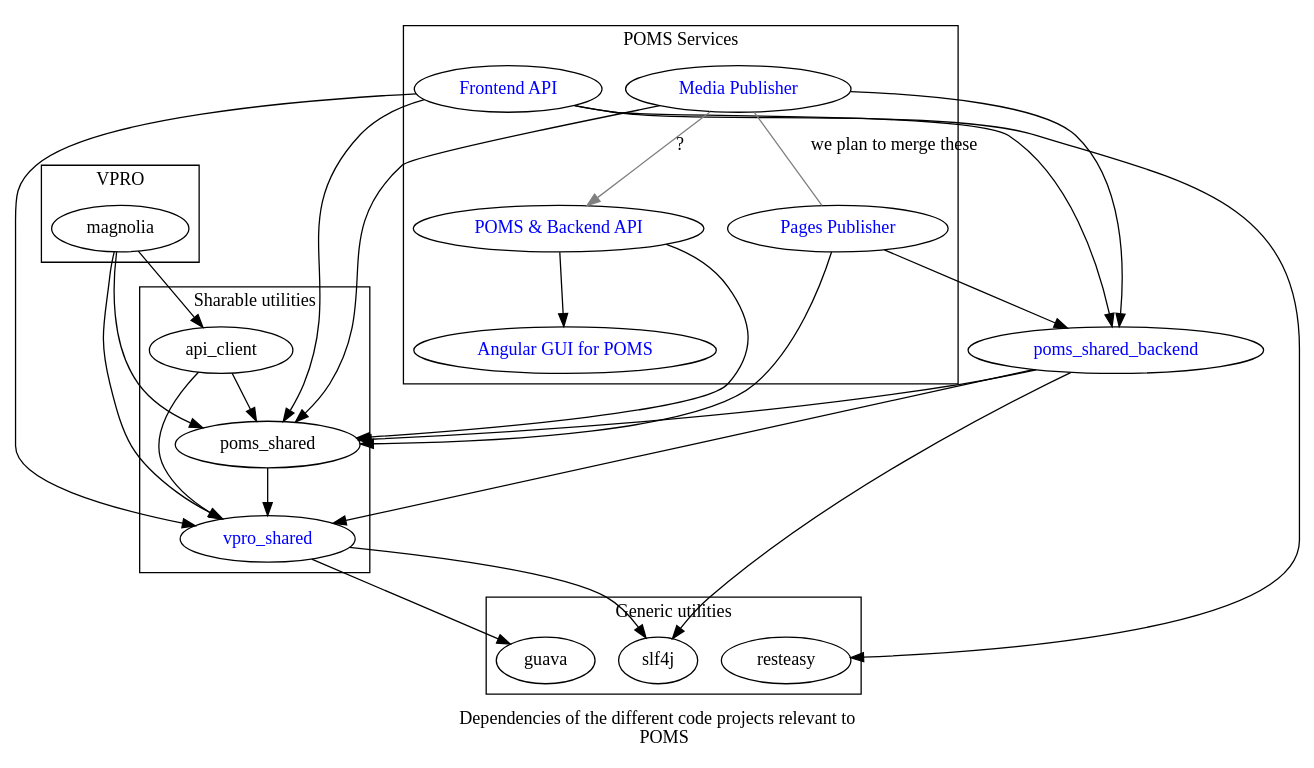
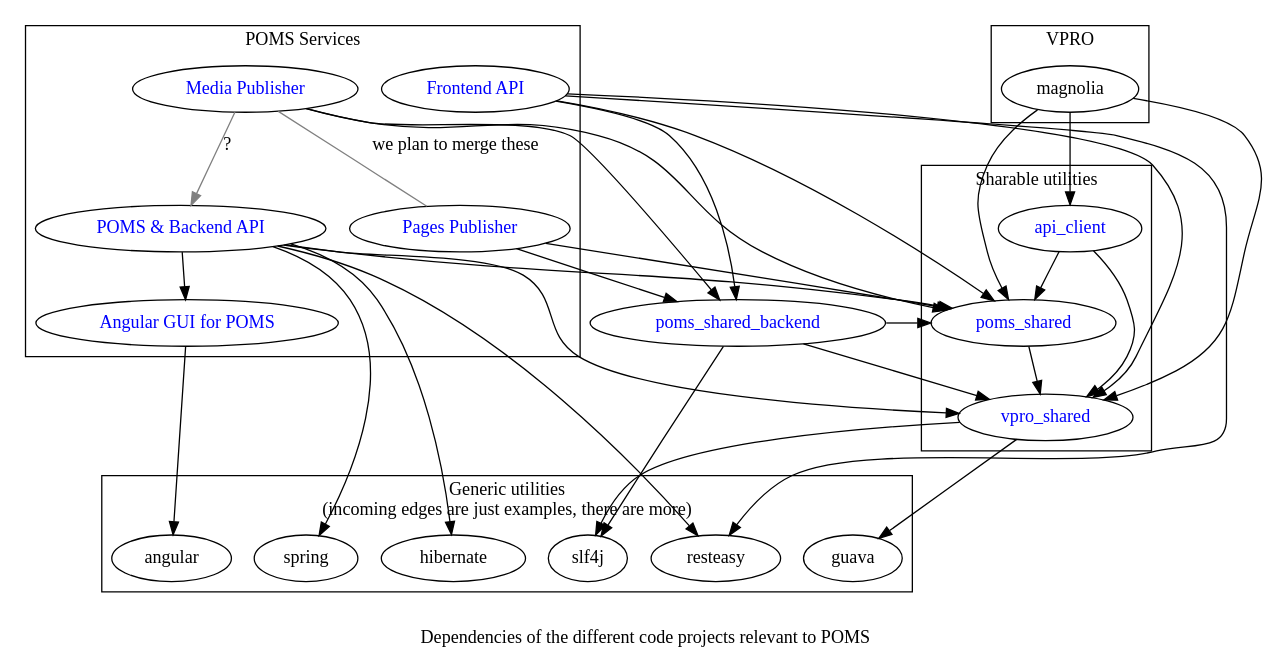
One commit to npo-poms/poms-parent changed the diagram in poms-dependencies.dot. Above: the diagram before and after it, drawn with Graphviz. The commit also changed 2 other files, not shown here.

Commit message:
added links and some other details

```diff
--- a/poms-dependencies.dot
+++ b/poms-dependencies.dot
@@ -1,74 +1,88 @@
 /*
 
 
 */
 digraph {
-    vpro_shared [ href="https://github.com/vpro/vpro-shared" fontcolor=blue ];
-    poms_backend [ label="POMS & Backend API" href="https://subversion.vpro.nl/viewvc/nl/vpro/media" fontcolor=blue ];
-    poms_gui [ label="Angular GUI for POMS" href="https://subversion.vpro.nl/viewvc/nl/vpro/media-gui" fontcolor=blue ];
-    poms_shared_backend [ href="https://subversion.vpro.nl/viewvc/nl/publiekeomroep/poms-shared-backend/" fontcolor=blue ];
-    api [ label="Frontend API" href="https://subversion.vpro.nl/viewvc/nl/vpro/api/" fontcolor=blue ];
-    media_publish [ label="Media Publisher" href="https://subversion.vpro.nl/viewvc/nl/publiekeomroep/npo-publish/" fontcolor=blue ];
-    pages_publish [ label="Pages Publisher" href="https://subversion.vpro.nl/viewvc/nl/publiekeomroep/npo-publish/" fontcolor=blue ];
+        vpro_shared [ href="https://github.com/vpro/vpro-shared" fontcolor=blue ];
+        poms_shared [ href="https://github.com/npo-poms/poms-shared" fontcolor=blue ];
+        api_client [ href="https://github.com/npo-poms/api-client" fontcolor=blue ];
+        poms_backend [ label="POMS & Backend API" href="https://subversion.vpro.nl/viewvc/nl/vpro/media" fontcolor=blue ];
+        poms_gui [ label="Angular GUI for POMS" href="https://subversion.vpro.nl/viewvc/nl/vpro/media-gui" fontcolor=blue ];
+        poms_shared_backend [ href="https://subversion.vpro.nl/viewvc/nl/publiekeomroep/poms-shared-backend/" fontcolor=blue ];
+        api [ label="Frontend API" href="https://subversion.vpro.nl/viewvc/nl/vpro/api/" fontcolor=blue ];
+        media_publish [ label="Media Publisher" href="https://subversion.vpro.nl/viewvc/nl/publiekeomroep/npo-publish/" fontcolor=blue ];
+        pages_publish [ label="Pages Publisher" href="https://subversion.vpro.nl/viewvc/nl/publiekeomroep/npo-publish/" fontcolor=blue ];
 
 
 
-    label="Dependencies of the different code projects relevant to
-    POMS";
+    label="
+    Dependencies of the different code projects relevant to POMS";
 
     subgraph cluster_0  {
-        label="Generic utilities";
-        description="Utilities which we don't maintain";
-        slf4j; guava; resteasy;
+            label="Generic utilities\n(incoming edges are just examples, there are more)"
+            //label="Utilities which we don't maintain. These are only some example. Also, not every edge is included";
+            slf4j;
+            guava;
+            resteasy;
+            spring;
+            hibernate;
+            angular;
+
     }
 
     subgraph cluster_1  {
         label="VPRO";
         magnolia;
     }
     subgraph cluster_2  {
         label="POMS Services";
         description="These are actually deployed";
         poms_gui; poms_backend; pages_publish; media_publish; api;
     }
 
     subgraph cluster_4  {
         label="Sharable utilities";
         api_client; vpro_shared; poms_shared;
     }
 
 
     vpro_shared -> { slf4j guava};
     poms_shared -> vpro_shared;
     poms_shared_backend -> vpro_shared;
     poms_shared_backend -> poms_shared;
     poms_shared_backend -> slf4j;
 
     api -> poms_shared;
     api -> poms_shared_backend;
     api -> vpro_shared;
     api -> resteasy;
 
 
     pages_publish -> poms_shared_backend;
     pages_publish -> poms_shared;
 
     media_publish -> poms_shared;
     media_publish -> poms_shared_backend;
     media_publish -> poms_backend[color=gray weight=0.1 label="?"] // I  think this currently exists, but shouldn't
 
     media_publish -> pages_publish[color=gray label="we plan to merge these" arrowhead=none]
 
     api_client-> poms_shared;
     api_client-> vpro_shared;
 
     magnolia -> api_client;
     magnolia -> vpro_shared;
     magnolia -> poms_shared;
 
-    poms_backend -> poms_shared;
-
-    poms_backend -> poms_gui;
+    poms_backend -> {
+            poms_shared;
+            poms_gui;
+            resteasy;
+            spring;
+            hibernate;
+            vpro_shared;
+    }
+    poms_gui -> angular
 
 
 }
```
